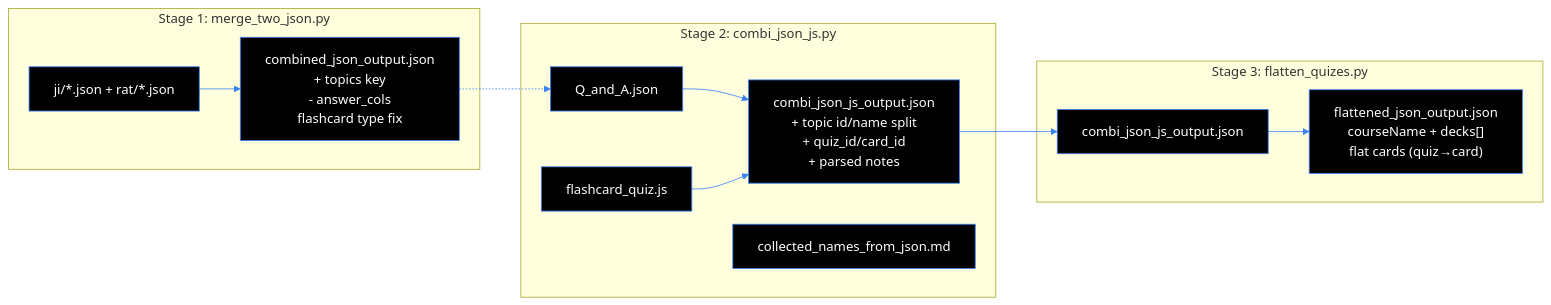
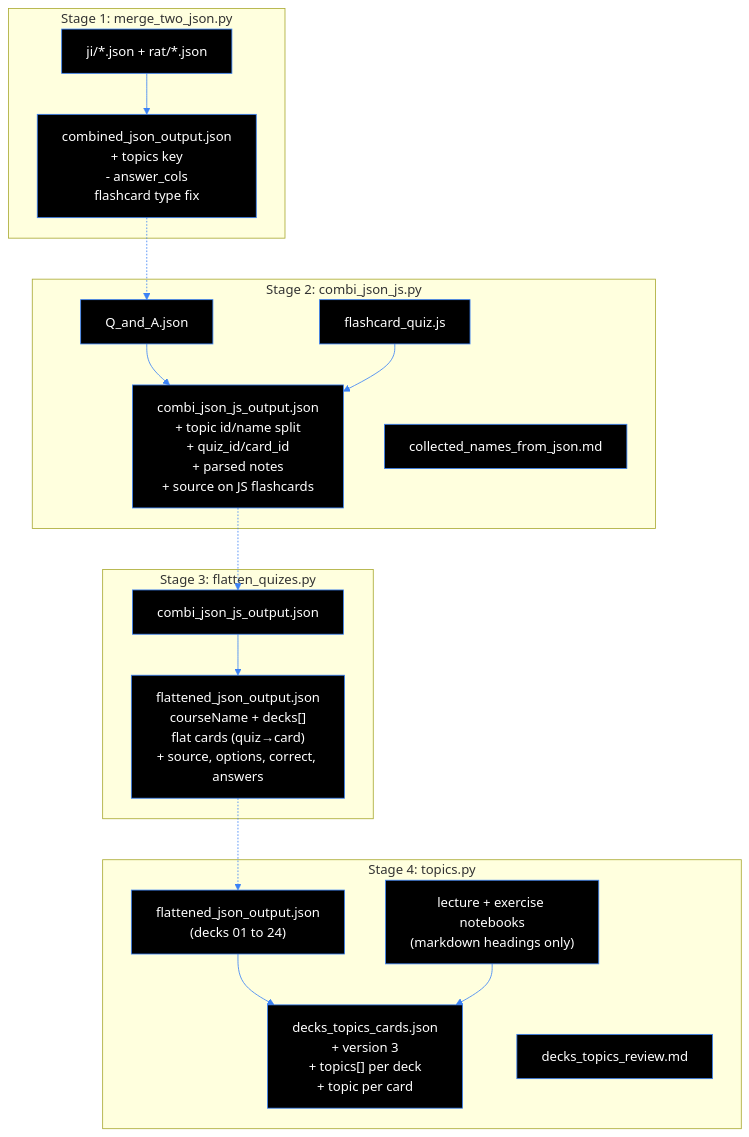
One commit to ArtjomAdamow/Fennelkernel-flashcards changed the first of 5 diagrams in docs/review/EDA.md. Above: the diagram before and after it, drawn with Mermaid. The commit also changed other lines of this file and 3 other files, not shown here.

````diff
--- a/docs/review/EDA.md
+++ b/docs/review/EDA.md
@@ -14,32 +28,42 @@
 ```mermaid
-graph LR
+graph TD
     %% arrow A --> B: B uses A; dashed = component of another section
     %% dashed arrow A -.-> B: transitive relation (data flow through module-level variables)
     classDef ext stroke: #3b82f6,stroke-dasharray: 4 3
     linkStyle default stroke: #3b82f6, color: #3b82f6
     classDef default fill: #000000ff, stroke: #3b82f6, color: #ffffffff
 
     subgraph sg_stage1["Stage 1: merge_two_json.py"]
         in1["ji/*.json + rat/*.json"]
         out1["combined_json_output.json\n+ topics key\n- answer_cols\nflashcard type fix"]
     end
 
     subgraph sg_stage2["Stage 2: combi_json_js.py"]
         in2a["Q_and_A.json"]
         in2b["flashcard_quiz.js"]
-        out2["combi_json_js_output.json\n+ topic id/name split\n+ quiz_id/card_id\n+ parsed notes"]
+        out2["combi_json_js_output.json\n+ topic id/name split\n+ quiz_id/card_id\n+ parsed notes\n+ source on JS flashcards"]
         md2["collected_names_from_json.md"]
     end
 
     subgraph sg_stage3["Stage 3: flatten_quizes.py"]
         in3["combi_json_js_output.json"]
-        out3["flattened_json_output.json\ncourseName + decks[]\nflat cards (quiz→card)"]
+        out3["flattened_json_output.json\ncourseName + decks[]\nflat cards (quiz→card)\n+ source, options, correct, answers"]
+    end
+
+    subgraph sg_stage4["Stage 4: topics.py"]
+        in4a["flattened_json_output.json\n(decks 01 to 24)"]
+        in4b["lecture + exercise notebooks\n(markdown headings only)"]
+        out4["decks_topics_cards.json\n+ version 3\n+ topics[] per deck\n+ topic per card"]
+        md4["decks_topics_review.md"]
     end
 
     in1 --> out1
     out1 -.-> in2a
     in2a --> out2
     in2b --> out2
-    out2 --> in3
+    out2 -.-> in3
     in3 --> out3
+    out3 -.-> in4a
+    in4a --> out4
+    in4b --> out4
 ```
````
